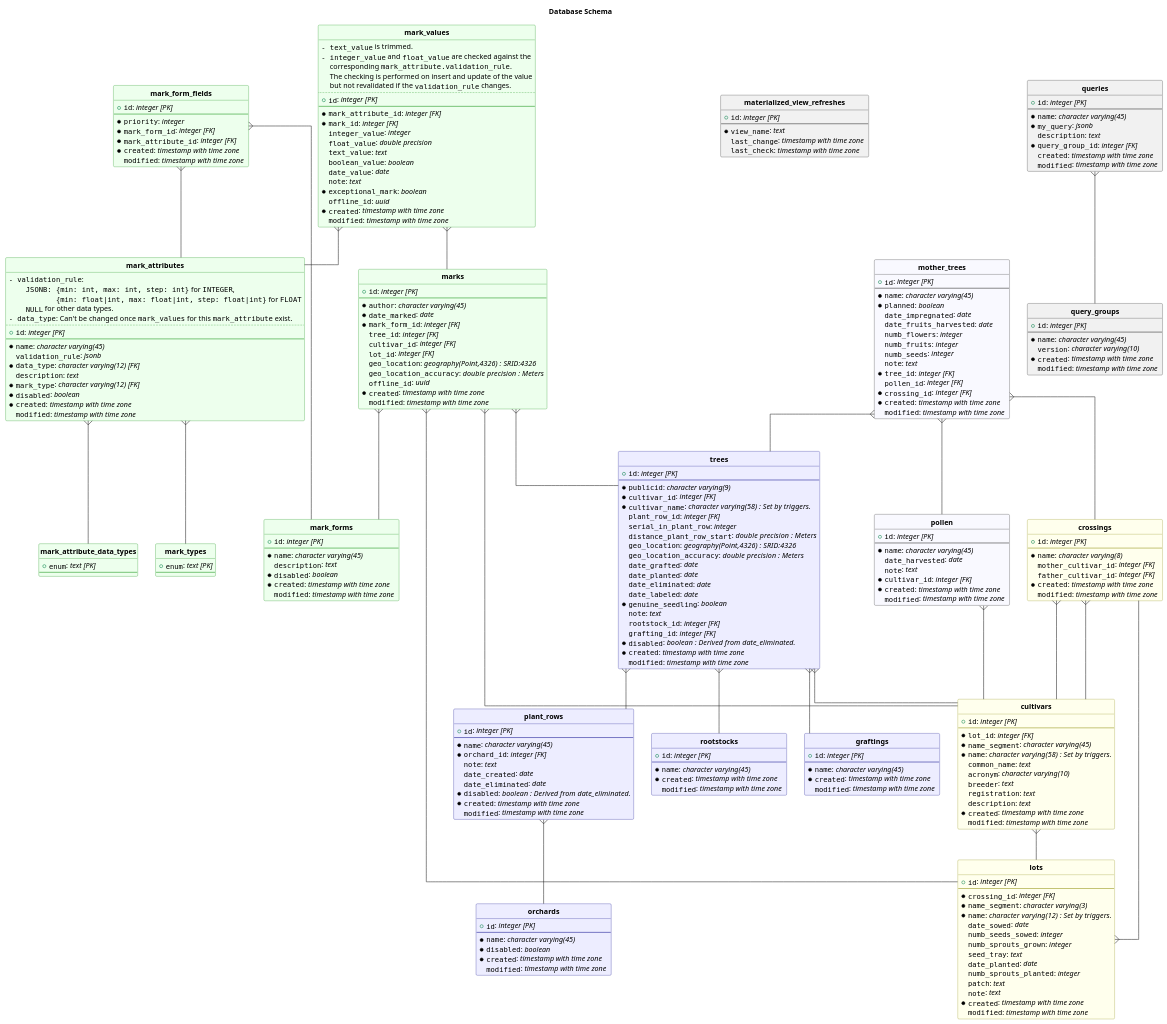
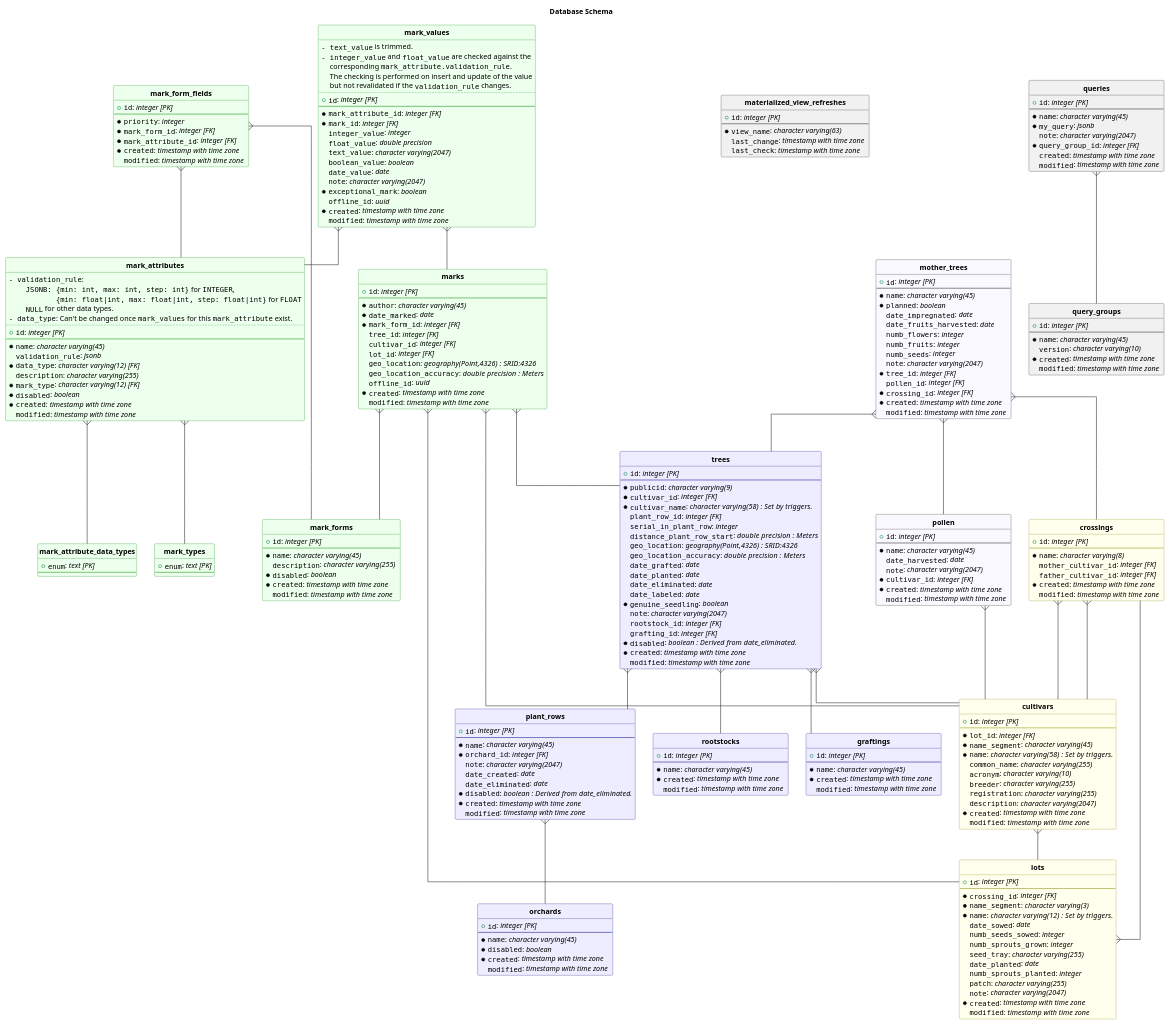
One commit to bolliger-tech/breedersdb.com changed the diagram in backend/docs/database.puml. Above: the diagram before and after it, drawn with PlantUML. The commit also changed 2 other files, not shown here.

Commit message:
Update database UML

```diff
--- a/backend/docs/database.puml
+++ b/backend/docs/database.puml
@@ -19,11 +19,11 @@
   *""lot_id"": //integer [FK]//
   *""name_segment"": //character varying(45) //
   *""name"": //character varying(58)  : Set by triggers.//
-  ""common_name"": //text //
+  ""common_name"": //character varying(255) //
   ""acronym"": //character varying(10) //
-  ""breeder"": //text //
-  ""registration"": //text //
-  ""description"": //text //
+  ""breeder"": //character varying(255) //
+  ""registration"": //character varying(255) //
+  ""description"": //character varying(2047) //
   *""created"": //timestamp with time zone //
   ""modified"": //timestamp with time zone //
 }
@@ -45,11 +45,11 @@
   ""date_sowed"": //date //
   ""numb_seeds_sowed"": //integer //
   ""numb_sprouts_grown"": //integer //
-  ""seed_tray"": //text //
+  ""seed_tray"": //character varying(255) //
   ""date_planted"": //date //
   ""numb_sprouts_planted"": //integer //
-  ""patch"": //text //
-  ""note"": //text //
+  ""patch"": //character varying(255) //
+  ""note"": //character varying(2047) //
   *""created"": //timestamp with time zone //
   ""modified"": //timestamp with time zone //
 }
@@ -67,7 +67,7 @@
   *""name"": //character varying(45) //
   ""validation_rule"": //jsonb //
   *""data_type"": //character varying(12) [FK]//
-  ""description"": //text //
+  ""description"": //character varying(255) //
   *""mark_type"": //character varying(12) [FK]//
   *""disabled"": //boolean //
   *""created"": //timestamp with time zone //
@@ -88,7 +88,7 @@
   + ""id"": //integer [PK]//
   --
   *""name"": //character varying(45) //
-  ""description"": //text //
+  ""description"": //character varying(255) //
   *""disabled"": //boolean //
   *""created"": //timestamp with time zone //
   ""modified"": //timestamp with time zone //
@@ -108,10 +108,10 @@
   *""mark_id"": //integer [FK]//
   ""integer_value"": //integer //
   ""float_value"": //double precision //
-  ""text_value"": //text //
+  ""text_value"": //character varying(2047) //
   ""boolean_value"": //boolean //
   ""date_value"": //date //
-  ""note"": //text //
+  ""note"": //character varying(2047) //
   *""exceptional_mark"": //boolean //
   ""offline_id"": //uuid //
   *""created"": //timestamp with time zone //
@@ -137,7 +137,7 @@
 entity "**materialized_view_refreshes**" {
   + ""id"": //integer [PK]//
   --
-  *""view_name"": //text //
+  *""view_name"": //character varying(63) //
   ""last_change"": //timestamp with time zone //
   ""last_check"": //timestamp with time zone //
 }
@@ -152,7 +152,7 @@
   ""numb_flowers"": //integer //
   ""numb_fruits"": //integer //
   ""numb_seeds"": //integer //
-  ""note"": //text //
+  ""note"": //character varying(2047) //
   *""tree_id"": //integer [FK]//
   ""pollen_id"": //integer [FK]//
   *""crossing_id"": //integer [FK]//
@@ -174,7 +174,7 @@
   --
   *""name"": //character varying(45) //
   *""orchard_id"": //integer [FK]//
-  ""note"": //text //
+  ""note"": //character varying(2047) //
   ""date_created"": //date //
   ""date_eliminated"": //date //
   *""disabled"": //boolean  : Derived from date_eliminated.//
@@ -187,7 +187,7 @@
   --
   *""name"": //character varying(45) //
   ""date_harvested"": //date //
-  ""note"": //text //
+  ""note"": //character varying(2047) //
   *""cultivar_id"": //integer [FK]//
   *""created"": //timestamp with time zone //
   ""modified"": //timestamp with time zone //
@@ -198,7 +198,7 @@
   --
   *""name"": //character varying(45) //
   *""my_query"": //jsonb //
-  ""description"": //text //
+  ""note"": //character varying(2047) //
   *""query_group_id"": //integer [FK]//
   ""created"": //timestamp with time zone //
   ""modified"": //timestamp with time zone //
@@ -237,7 +237,7 @@
   ""date_eliminated"": //date //
   ""date_labeled"": //date //
   *""genuine_seedling"": //boolean //
-  ""note"": //text //
+  ""note"": //character varying(2047) //
   ""rootstock_id"": //integer [FK]//
   ""grafting_id"": //integer [FK]//
   *""disabled"": //boolean  : Derived from date_eliminated.//
```
